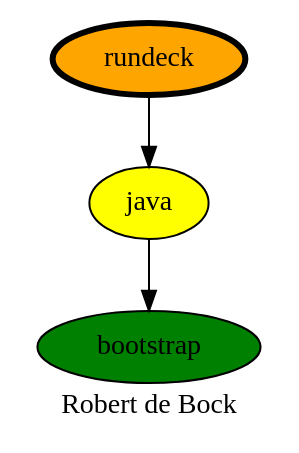
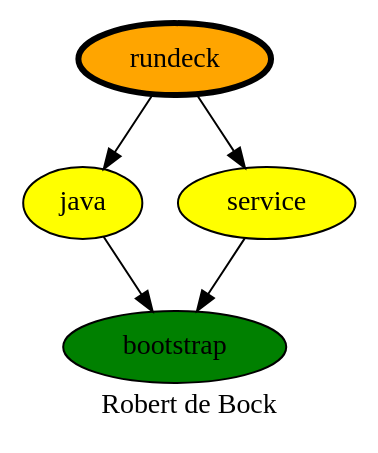
One commit to robertdebock/drawings changed the diagram in rundeck.dot. Above: the diagram before and after it, drawn with Graphviz. The commit also changed 7 other files, not shown here.

```diff
--- a/rundeck.dot
+++ b/rundeck.dot
@@ -1,11 +1,12 @@
 digraph PhiloDilemma {
   label = "Robert de Bock" ;
   overlap=false
   {
     bootstrap [fillcolor=green style=filled]
     java [fillcolor=yellow style=filled]
+    service [fillcolor=yellow style=filled]
     rundeck [fillcolor=orange style=filled penwidth=3]
   }
-  java -> bootstrap
-  rundeck -> java
+  {java service} -> bootstrap
+  rundeck -> {java service}
 }
```
